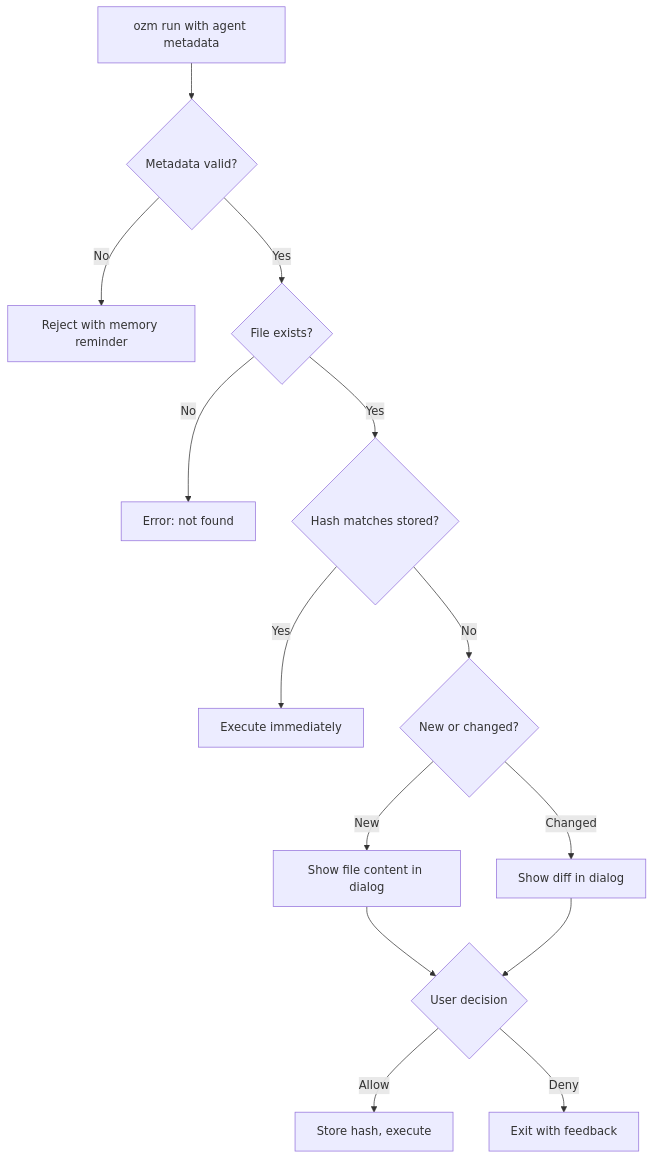
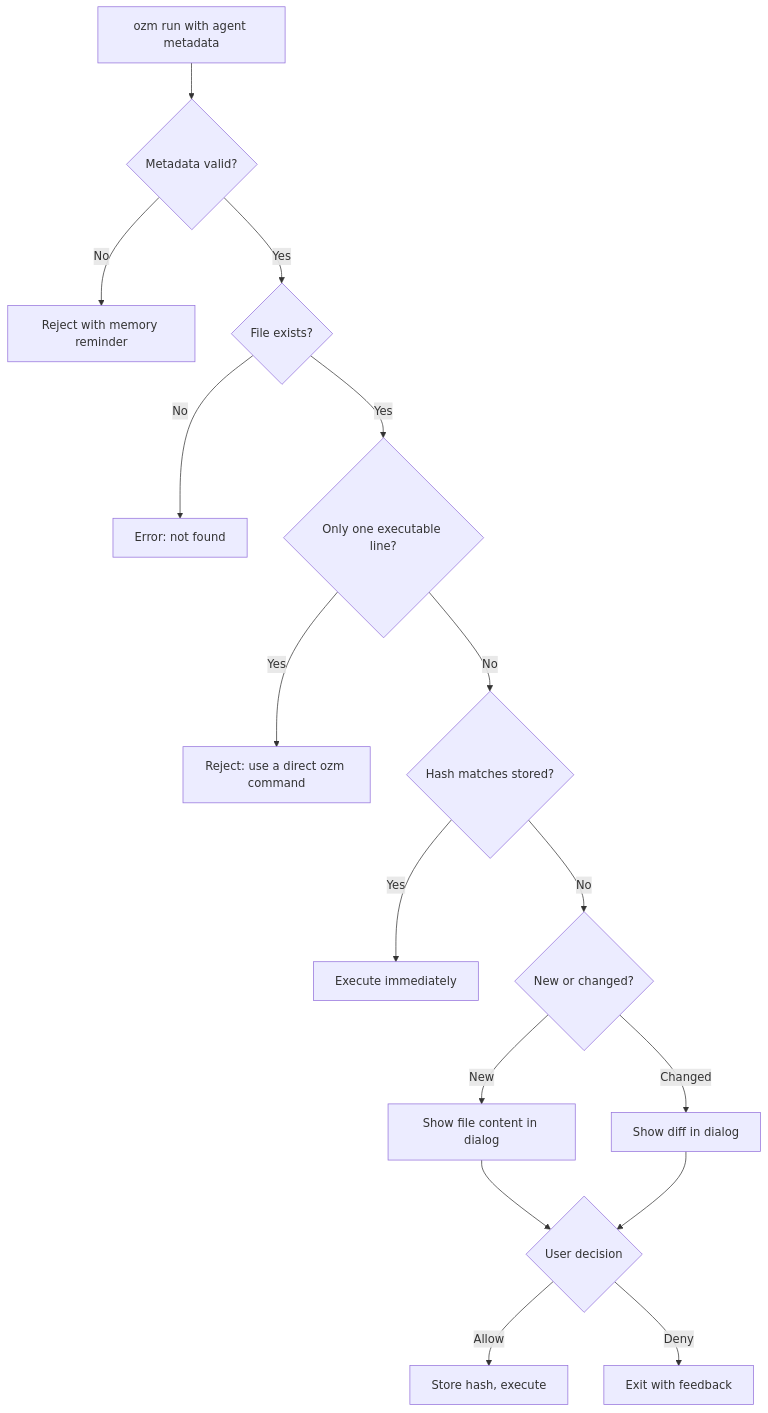
One commit to kamyar/ozm changed the first of 2 diagrams in docs/commands.md. Above: the diagram before and after it, drawn with Mermaid. The commit also changed other lines of this file and 8 other files, not shown here.

Commit message:
Reject one-command scripts

````diff
--- a/docs/commands.md
+++ b/docs/commands.md
@@ -42,16 +44,18 @@
 ```mermaid
 flowchart TD
     A[ozm run with agent metadata] --> B{Metadata valid?}
     B -->|No| M[Reject with memory reminder]
     B -->|Yes| C{File exists?}
     C -->|No| E[Error: not found]
-    C -->|Yes| D{Hash matches stored?}
+    C -->|Yes| O{Only one executable line?}
+    O -->|Yes| P[Reject: use a direct ozm command]
+    O -->|No| D{Hash matches stored?}
     D -->|Yes| X[Execute immediately]
     D -->|No| F{New or changed?}
     F -->|New| G[Show file content in dialog]
     F -->|Changed| H[Show diff in dialog]
     G --> I{User decision}
     H --> I
     I -->|Allow| J[Store hash, execute]
     I -->|Deny| K[Exit with feedback]
 ```
````
